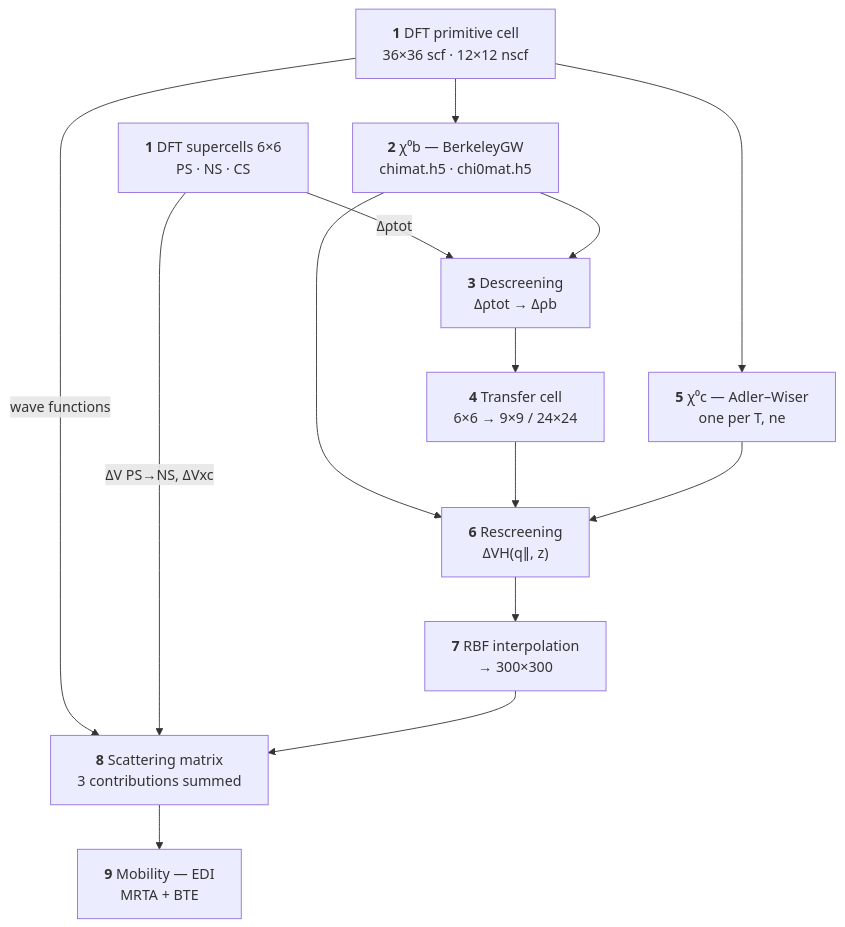
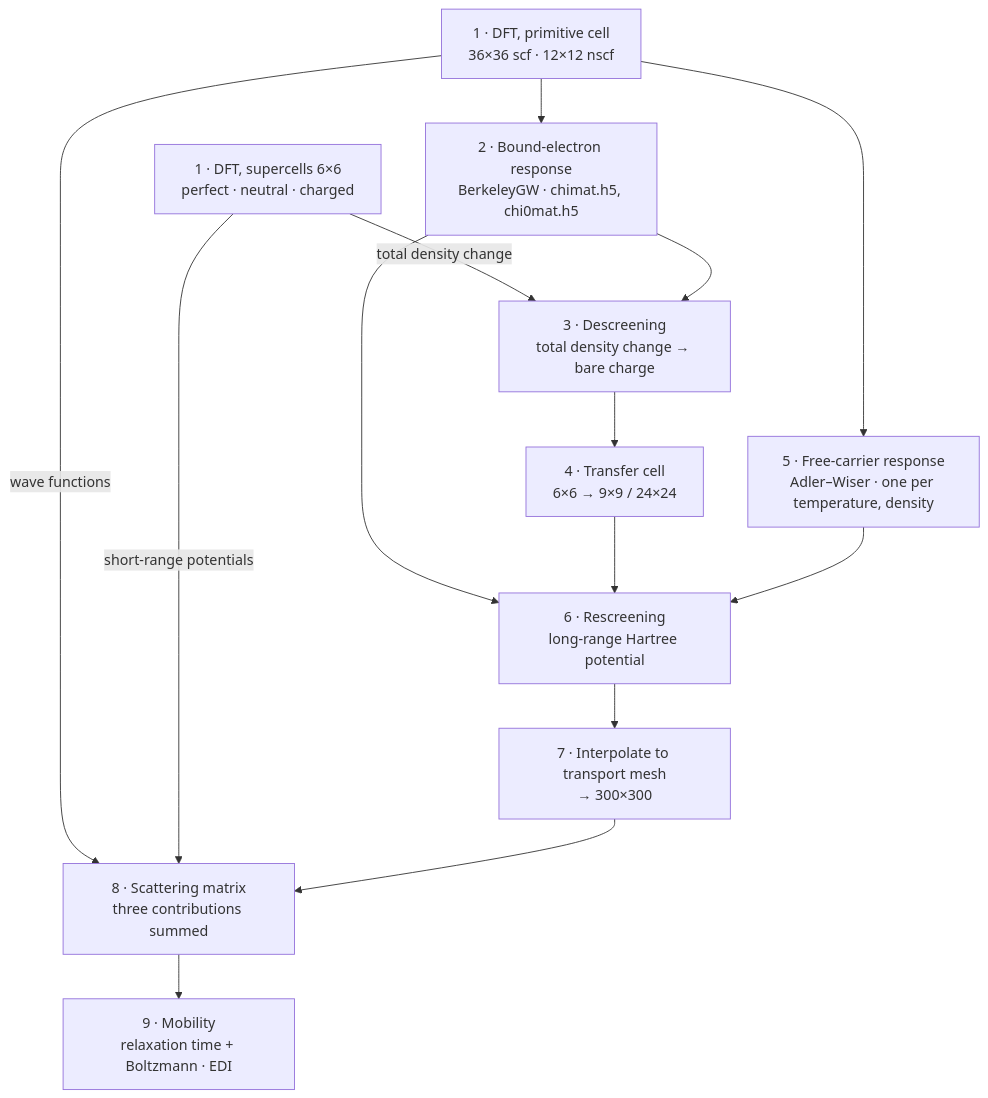
Before and after one commit to yuanyue-liu-group/charged-defect-scattering: the diagram in README.md, drawn with Mermaid. The commit also changed other lines of this file, not shown here.

Commit message:
Fix symbol rendering in the workflow section
The mermaid diagram carried physical quantities as bare Unicode with the
subscripts jammed against the symbol -- chi-zero-b, delta-rho-tot, delta-V-H,
n-e -- which reads ambiguously. Unicode has no subscript b or c at all, so the
bound and free-carrier polarizabilities could not be written correctly that
way in the first place, and mermaid labels on GitHub are not passed through
MathJax. The node labels now name the quantities in words and the precise
notation lives in the table directly below, where MathJax renders it. Dropped
the <b> tags too, so the diagram no longer depends on mermaid's htmlLabels
being enabled; only <br/>, which mermaid honours either way. Grid sizes and
file names are kept -- those rendered fine.

The table's "In -> Out" column mixed MathJax symbols with a plain-text arrow,
which do not share a baseline or weight. Split into Input and Output columns,
which drops the arrow and reads better besides.

````diff
--- a/README.md
+++ b/README.md
@@ -140,27 +140,27 @@
 ```mermaid
 graph TD
-  QE1["<b>1</b> DFT primitive cell<br/>36×36 scf · 12×12 nscf"]
-  QE2["<b>1</b> DFT supercells 6×6<br/>PS · NS · CS"]
-  CHIB["<b>2</b> χ⁰b — BerkeleyGW<br/>chimat.h5 · chi0mat.h5"]
-  DESC["<b>3</b> Descreening<br/>Δρtot → Δρb"]
-  EXP["<b>4</b> Transfer cell<br/>6×6 → 9×9 / 24×24"]
-  CHIC["<b>5</b> χ⁰c — Adler–Wiser<br/>one per T, ne"]
-  RESC["<b>6</b> Rescreening<br/>ΔVH(q∥, z)"]
-  DENS["<b>7</b> RBF interpolation<br/>→ 300×300"]
-  MAT["<b>8</b> Scattering matrix<br/>3 contributions summed"]
-  MOB["<b>9</b> Mobility — EDI<br/>MRTA + BTE"]
+  QE1["1 · DFT, primitive cell<br/>36×36 scf · 12×12 nscf"]
+  QE2["1 · DFT, supercells 6×6<br/>perfect · neutral · charged"]
+  CHIB["2 · Bound-electron response<br/>BerkeleyGW · chimat.h5, chi0mat.h5"]
+  DESC["3 · Descreening<br/>total density change → bare charge"]
+  EXP["4 · Transfer cell<br/>6×6 → 9×9 / 24×24"]
+  CHIC["5 · Free-carrier response<br/>Adler–Wiser · one per temperature, density"]
+  RESC["6 · Rescreening<br/>long-range Hartree potential"]
+  DENS["7 · Interpolate to transport mesh<br/>→ 300×300"]
+  MAT["8 · Scattering matrix<br/>three contributions summed"]
+  MOB["9 · Mobility<br/>relaxation time + Boltzmann · EDI"]
 
   QE1 --> CHIB
   QE1 --> CHIC
   QE1 -->|wave functions| MAT
-  QE2 -->|Δρtot| DESC
-  QE2 -->|ΔV PS→NS, ΔVxc| MAT
+  QE2 -->|total density change| DESC
+  QE2 -->|short-range potentials| MAT
   CHIB --> DESC
   CHIB --> RESC
   DESC --> EXP
   EXP --> RESC
   CHIC --> RESC
   RESC --> DENS
   DENS --> MAT
   MAT --> MOB
 ```
````
